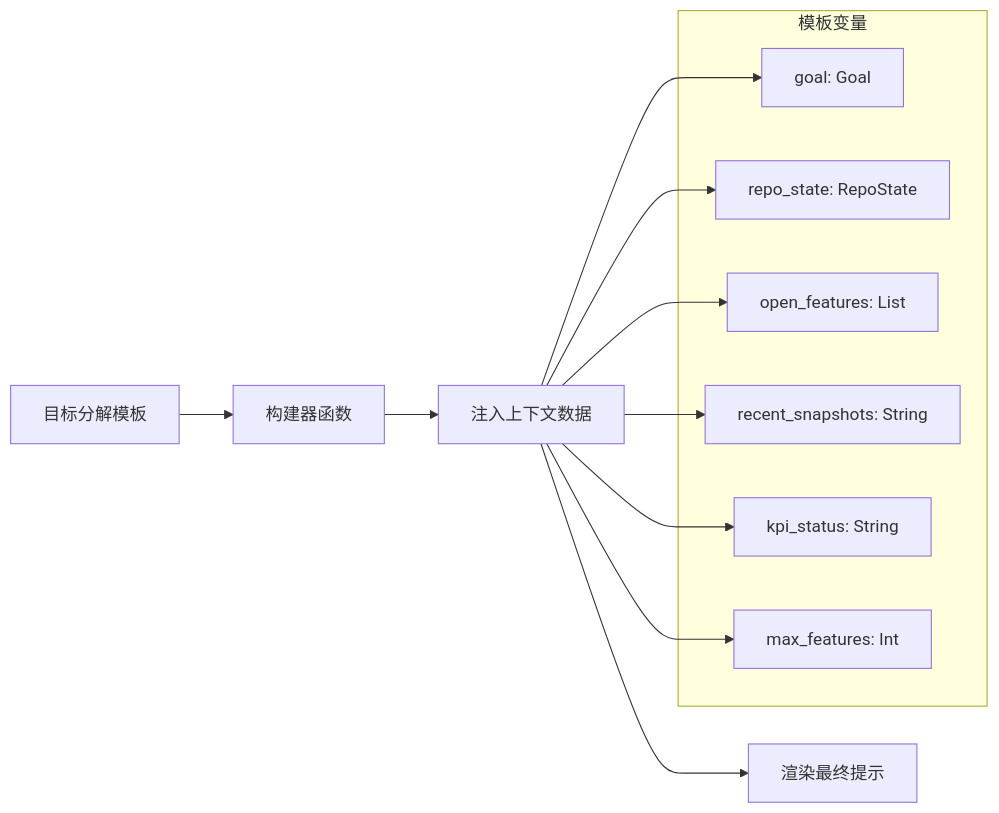
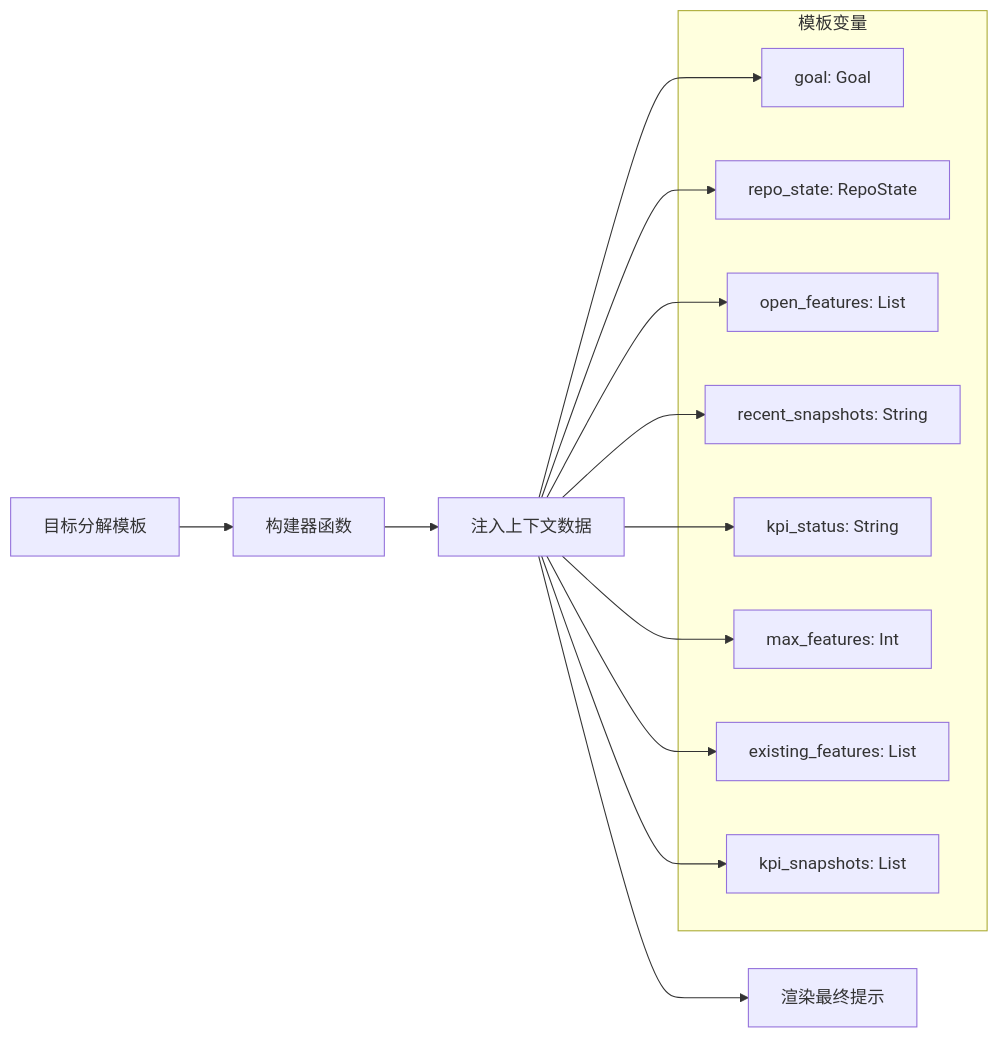
The sixth of 8 diagrams in .qoder/repowiki/zh/content/技术实现参考/自动目标分解功能.md (pinsonchen/vivify), drawn with Mermaid before and after one commit. The commit also changed other lines of this file and 9 other files, not shown here.

````diff
--- a/.qoder/repowiki/zh/content/技术实现参考/自动目标分解功能.md
+++ b/.qoder/repowiki/zh/content/技术实现参考/自动目标分解功能.md
@@ -236,20 +262,24 @@
 ```mermaid
 graph LR
 A[目标分解模板] --> B[构建器函数]
 B --> C[注入上下文数据]
 C --> D[渲染最终提示]
 subgraph "模板变量"
 E[goal: Goal]
 F[repo_state: RepoState]
 G[open_features: List]
 H[recent_snapshots: String]
 I[kpi_status: String]
 J[max_features: Int]
+K[existing_features: List]
+L[kpi_snapshots: List]
 end
 C --> E
 C --> F
 C --> G
 C --> H
 C --> I
 C --> J
+C --> K
+C --> L
 ```
````
